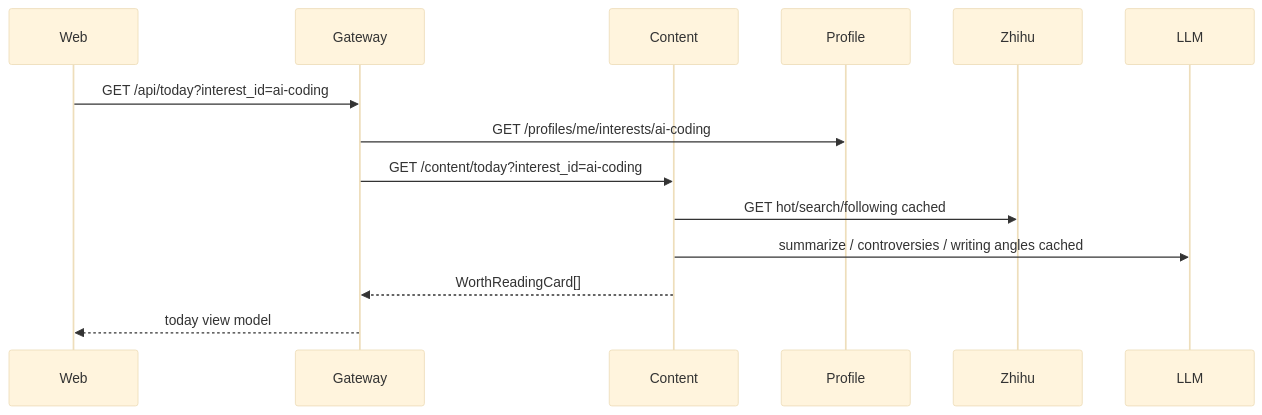
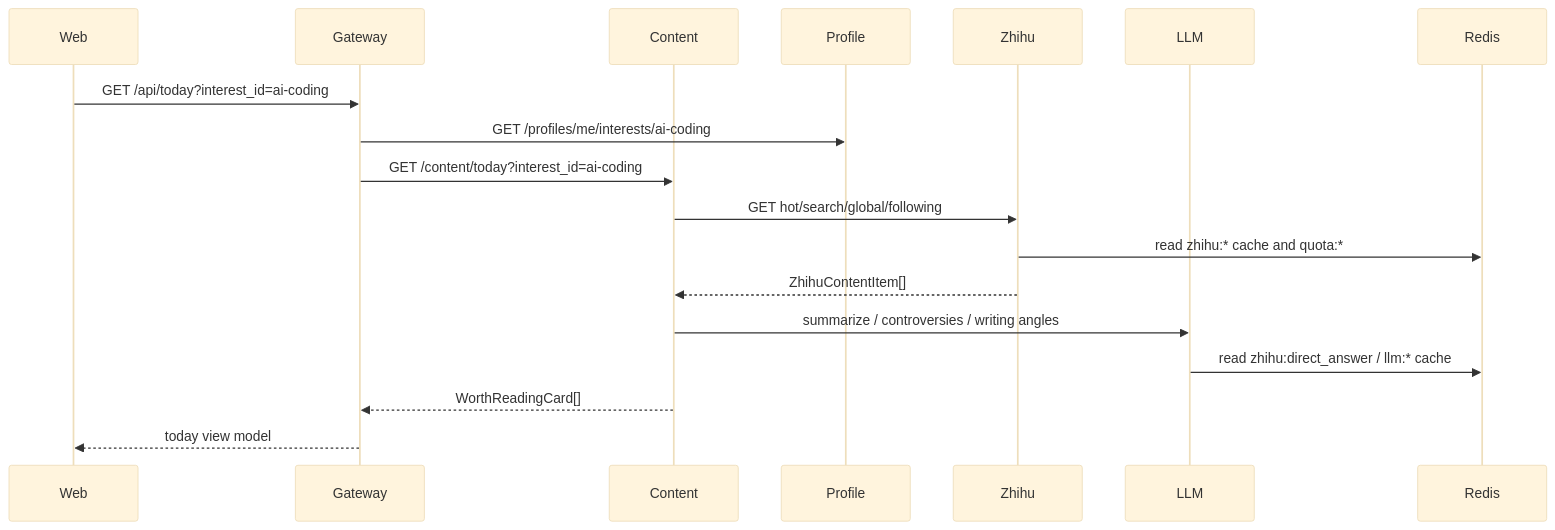
One commit to Nai1ve/kan_shan_nursery changed the second of 5 diagrams in docs/看山小苗圃-服务拆分与开发协作.md. Above: the diagram before and after it, drawn with Mermaid (base theme). The commit also changed other lines of this file and 16 other files, not shown here.

Commit message:
docs: define service ownership and api data flow baseline

````diff
--- a/docs/看山小苗圃-服务拆分与开发协作.md
+++ b/docs/看山小苗圃-服务拆分与开发协作.md
@@ -577,17 +594,21 @@
 ```mermaid
 sequenceDiagram
   participant Web
   participant Gateway
   participant Content
   participant Profile
   participant Zhihu
   participant LLM
+  participant Redis
 
   Web->>Gateway: GET /api/today?interest_id=ai-coding
   Gateway->>Profile: GET /profiles/me/interests/ai-coding
   Gateway->>Content: GET /content/today?interest_id=ai-coding
-  Content->>Zhihu: GET hot/search/following cached
-  Content->>LLM: summarize / controversies / writing angles cached
+  Content->>Zhihu: GET hot/search/global/following
+  Zhihu->>Redis: read zhihu:* cache and quota:*
+  Zhihu-->>Content: ZhihuContentItem[]
+  Content->>LLM: summarize / controversies / writing angles
+  LLM->>Redis: read zhihu:direct_answer / llm:* cache
   Content-->>Gateway: WorthReadingCard[]
   Gateway-->>Web: today view model
 ```
````
